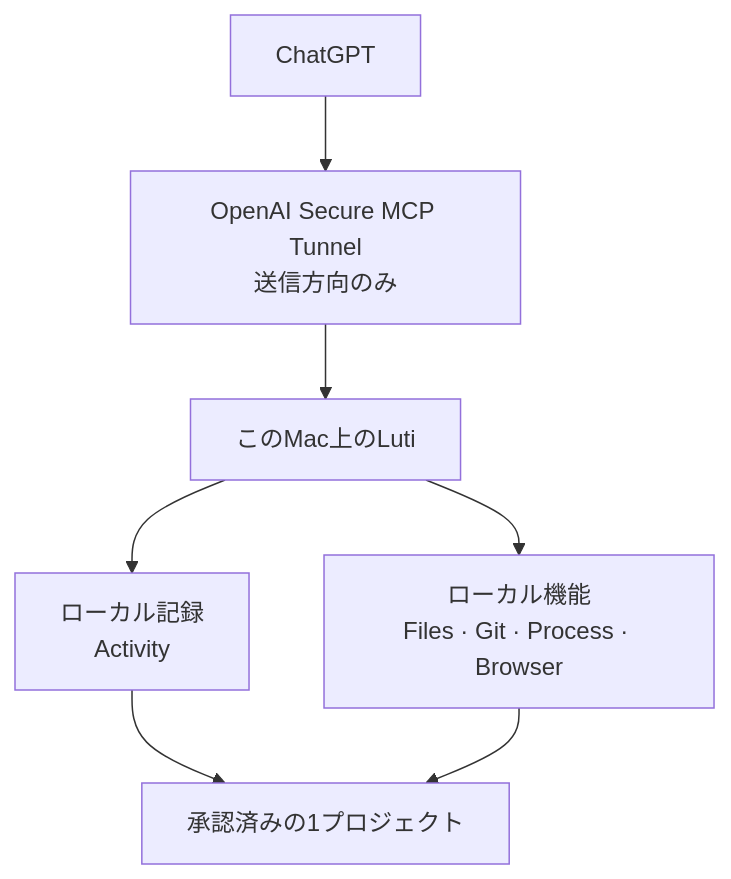
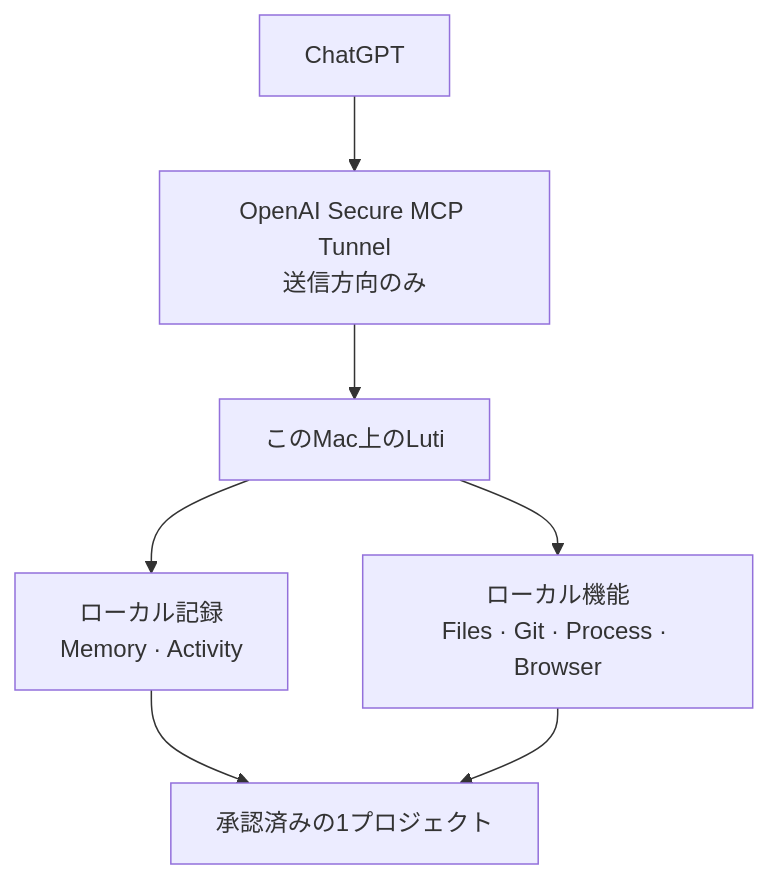
One commit to boltguo/Luti changed the diagram in README.ja.md. Above: the diagram before and after it, drawn with Mermaid. The commit also changed other lines of this file and 7 other files, not shown here.

````diff
--- a/README.ja.md
+++ b/README.ja.md
@@ -27,13 +27,13 @@
 ```mermaid
 flowchart TB
     remote["ChatGPT"]
     tunnel["OpenAI Secure MCP Tunnel<br/>送信方向のみ"]
     luti["このMac上のLuti"]
-    context["ローカル記録<br/>Activity"]
+    context["ローカル記録<br/>Memory · Activity"]
     tools["ローカル機能<br/>Files · Git · Process · Browser"]
     project["承認済みの1プロジェクト"]
 
     remote --> tunnel --> luti
     luti --> context --> project
     luti --> tools --> project
 ```
````
